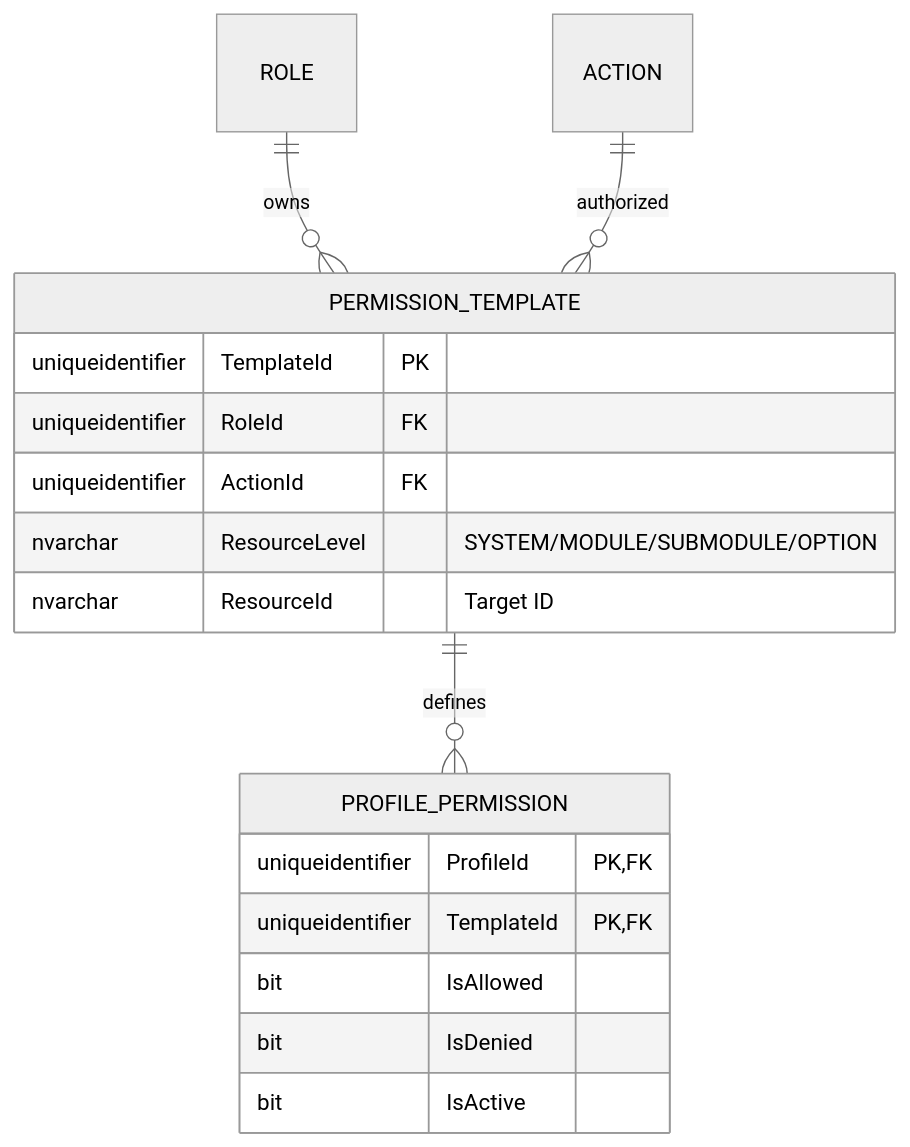
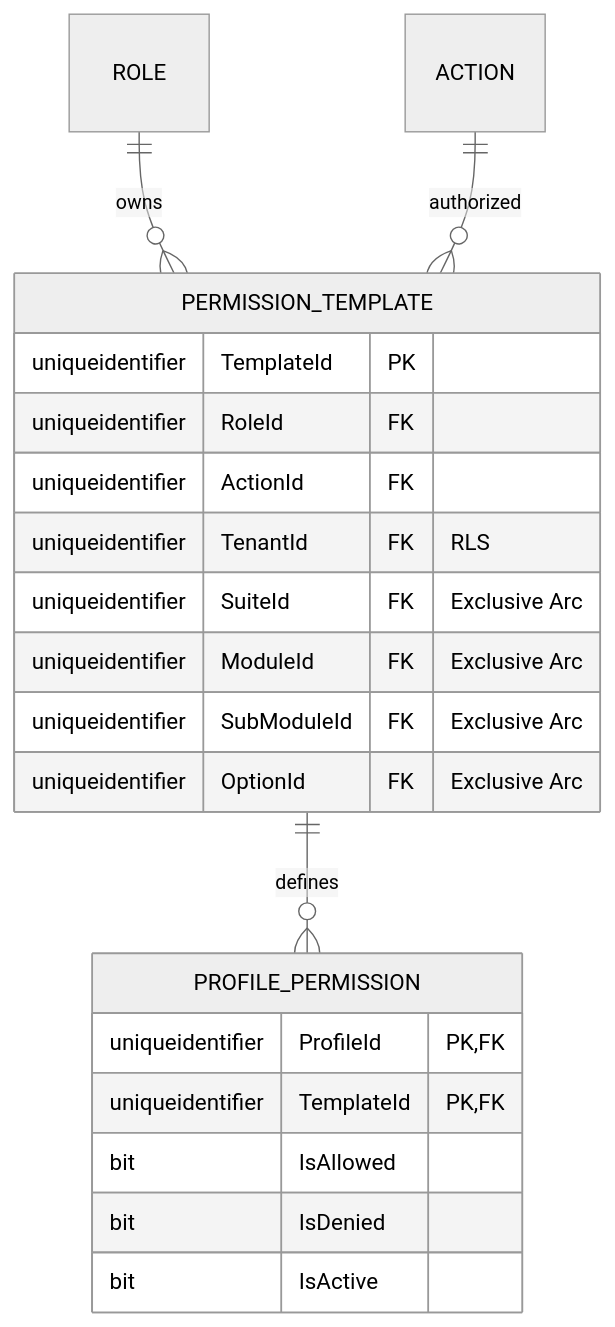
One commit to beyondnetcode/ums changed the second of 3 diagrams in architecture/blueprints/database-design-er.md. Above: the diagram before and after it, drawn with Mermaid (neutral theme). The commit also changed other lines of this file and 2 other files, not shown here.

Commit message:
refactor(auth): apply technical DB optimizations (Exclusive Arc & RLS) to E/R model

````diff
--- a/architecture/blueprints/database-design-er.md
+++ b/architecture/blueprints/database-design-er.md
@@ -48,22 +48,25 @@
 ```mermaid
 erDiagram
     ROLE ||--o{ PERMISSION_TEMPLATE : "owns"
     PERMISSION_TEMPLATE ||--o{ PROFILE_PERMISSION : "defines"
     ACTION ||--o{ PERMISSION_TEMPLATE : "authorized"
     
     PERMISSION_TEMPLATE {
         uniqueidentifier TemplateId PK
         uniqueidentifier RoleId FK
         uniqueidentifier ActionId FK
-        nvarchar ResourceLevel "SYSTEM/MODULE/SUBMODULE/OPTION"
-        nvarchar ResourceId "Target ID"
+        uniqueidentifier TenantId FK "RLS"
+        uniqueidentifier SuiteId FK "Exclusive Arc"
+        uniqueidentifier ModuleId FK "Exclusive Arc"
+        uniqueidentifier SubModuleId FK "Exclusive Arc"
+        uniqueidentifier OptionId FK "Exclusive Arc"
     }
     
     PROFILE_PERMISSION {
         uniqueidentifier ProfileId PK, FK
         uniqueidentifier TemplateId PK, FK
         bit IsAllowed
         bit IsDenied
         bit IsActive
     }
 ```
````
